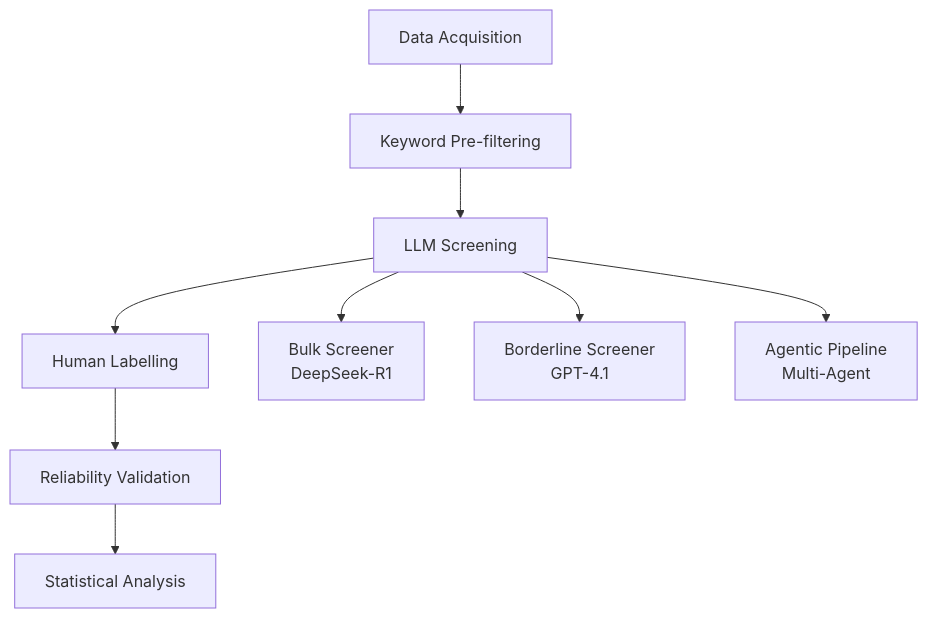
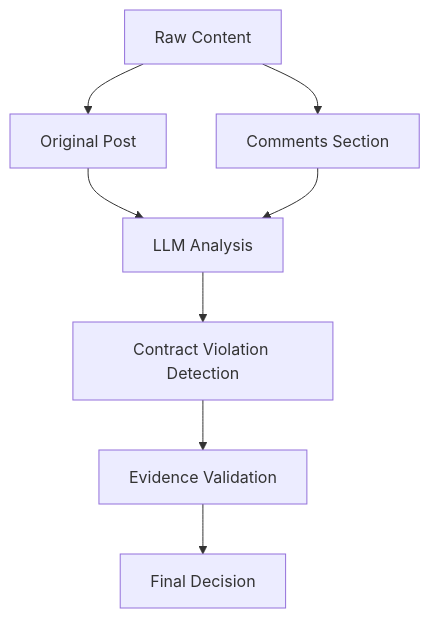
The diagram in README.md (thromel/llm-contracts-research), drawn with Mermaid before and after one commit. The commit also changed other lines of this file and 23 other files, not shown here.

First line of the commit message:
Implement LLM Screening Prompt System Enhancements

````diff
--- a/README.md
+++ b/README.md
@@ -57,12 +82,10 @@
 ```mermaid
 graph TD
-    A[Data Acquisition] --> B[Keyword Pre-filtering]
-    B --> C[LLM Screening]
-    C --> D[Human Labelling]
-    D --> E[Reliability Validation]
-    E --> F[Statistical Analysis]
-    
-    C --> C1[Bulk Screener<br/>DeepSeek-R1]
-    C --> C2[Borderline Screener<br/>GPT-4.1]
-    C --> C3[Agentic Pipeline<br/>Multi-Agent]
+    A[Raw Content] --> B[Original Post]
+    A --> C[Comments Section]
+    B --> D[LLM Analysis]
+    C --> D
+    D --> E[Contract Violation Detection]
+    E --> F[Evidence Validation]
+    F --> G[Final Decision]
 ```
````
